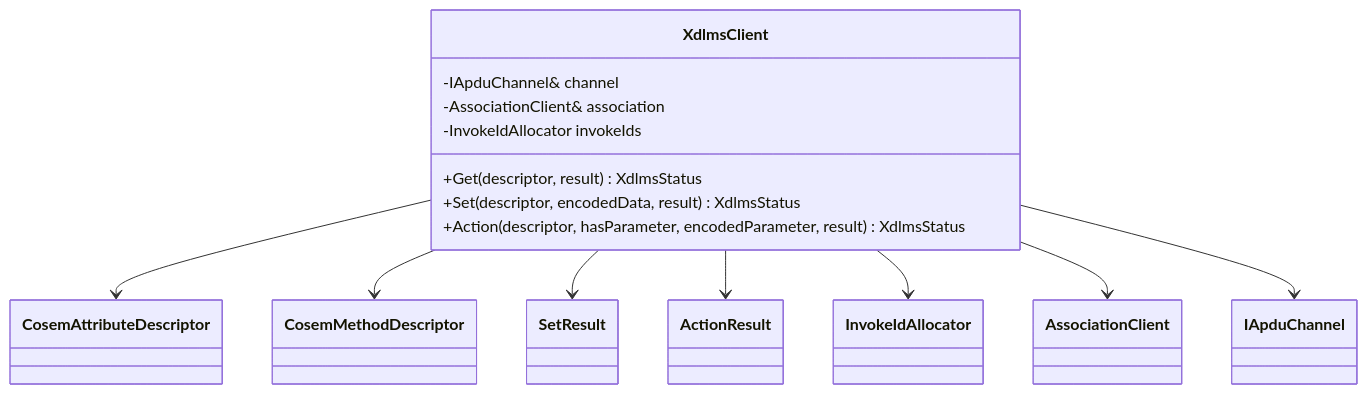
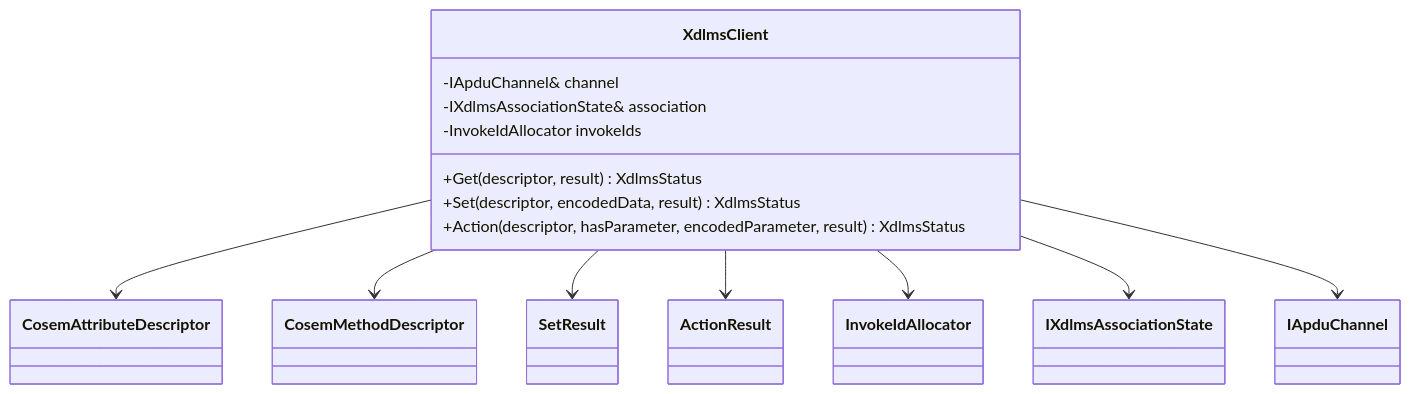
One commit to gvtret/dlms-xdlms changed the third of 3 diagrams in docs/06_client_set_action_boundary.md. Above: the diagram before and after it, drawn with Mermaid. The commit also changed other lines of this file and 10 other files, not shown here.

First line of the commit message:
feat(xdlms): add abstract association state port

````diff
--- a/docs/06_client_set_action_boundary.md
+++ b/docs/06_client_set_action_boundary.md
@@ -133,27 +133,27 @@
 ```mermaid
 classDiagram
   class XdlmsClient {
     -IApduChannel& channel
-    -AssociationClient& association
+    -IXdlmsAssociationState& association
     -InvokeIdAllocator invokeIds
     +Get(descriptor, result) XdlmsStatus
     +Set(descriptor, encodedData, result) XdlmsStatus
     +Action(descriptor, hasParameter, encodedParameter, result) XdlmsStatus
   }
 
   class CosemAttributeDescriptor
   class CosemMethodDescriptor
   class SetResult
   class ActionResult
   class InvokeIdAllocator
-  class AssociationClient
+  class IXdlmsAssociationState
   class IApduChannel
 
   XdlmsClient --> CosemAttributeDescriptor
   XdlmsClient --> CosemMethodDescriptor
   XdlmsClient --> SetResult
   XdlmsClient --> ActionResult
   XdlmsClient --> InvokeIdAllocator
-  XdlmsClient --> AssociationClient
+  XdlmsClient --> IXdlmsAssociationState
   XdlmsClient --> IApduChannel
 ```
````
